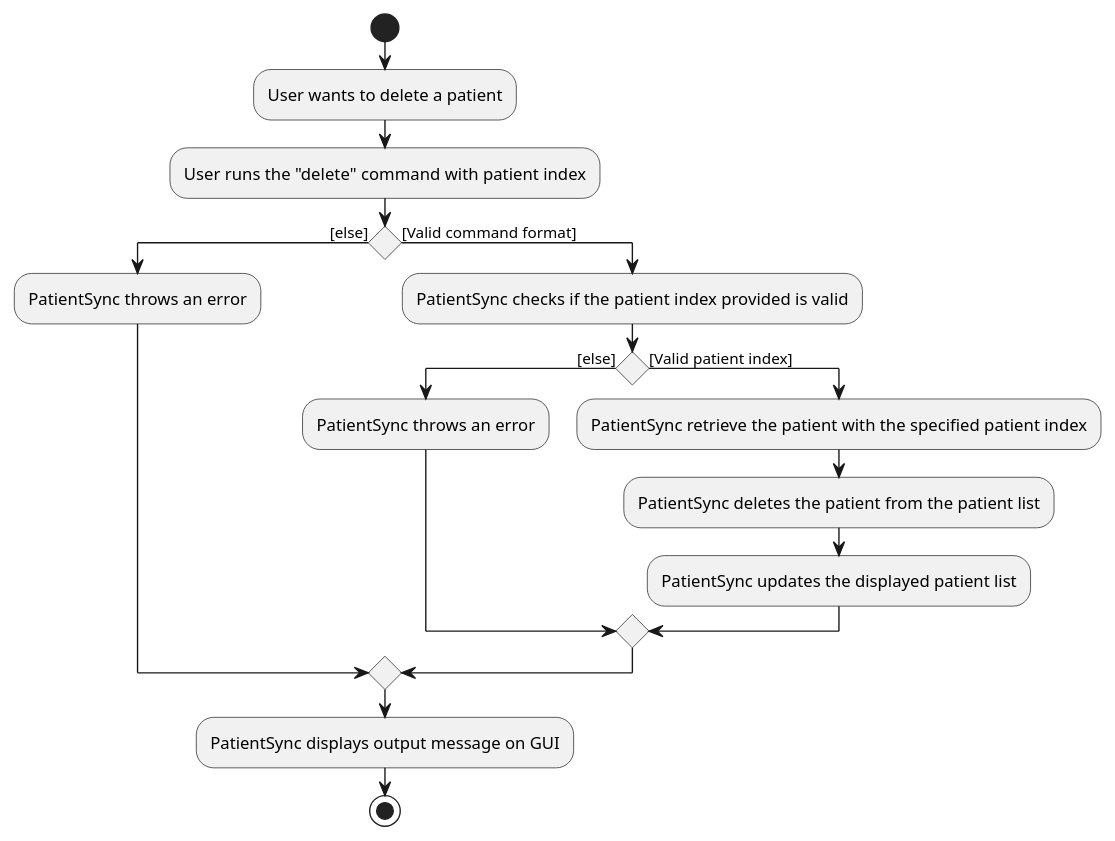
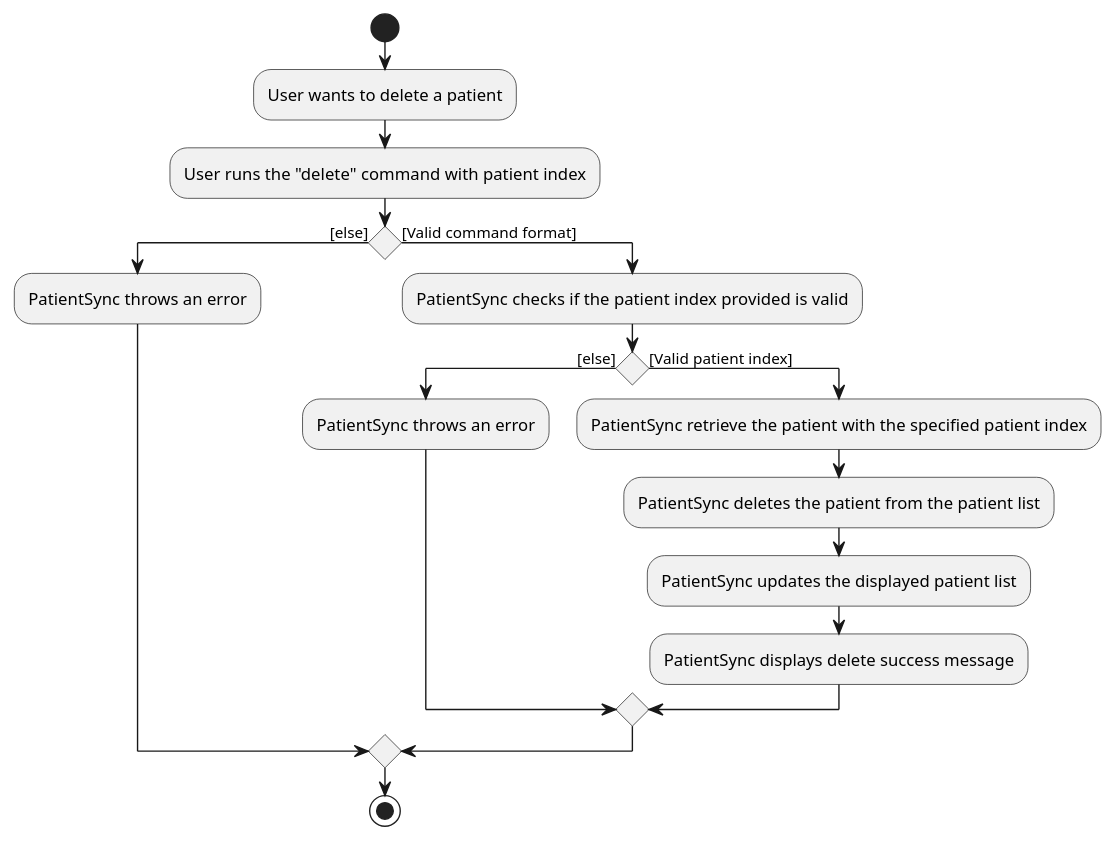
One commit to NeoHW/tp changed the diagram in docs/diagrams/DeleteActivityDiagram.puml. Above: the diagram before and after it, drawn with PlantUML. The commit also changed 3 other files, not shown here.

Commit message:
Update Activity Diagrams

```diff
--- a/docs/diagrams/DeleteActivityDiagram.puml
+++ b/docs/diagrams/DeleteActivityDiagram.puml
@@ -1,19 +1,19 @@
 @startuml
 start
 :User wants to delete a patient;
 :User runs the "delete" command with patient index;
 if () then ([else])
     :PatientSync throws an error;
 else ([Valid command format])
     :PatientSync checks if the patient index provided is valid;
     if () then ([else])
         :PatientSync throws an error;
     else ([Valid patient index])
         :PatientSync retrieve the patient with the specified patient index;
         :PatientSync deletes the patient from the patient list;
         :PatientSync updates the displayed patient list;
+        :PatientSync displays delete success message;
     endif
 endif
-:PatientSync displays output message on GUI;
 stop
 @enduml
```
